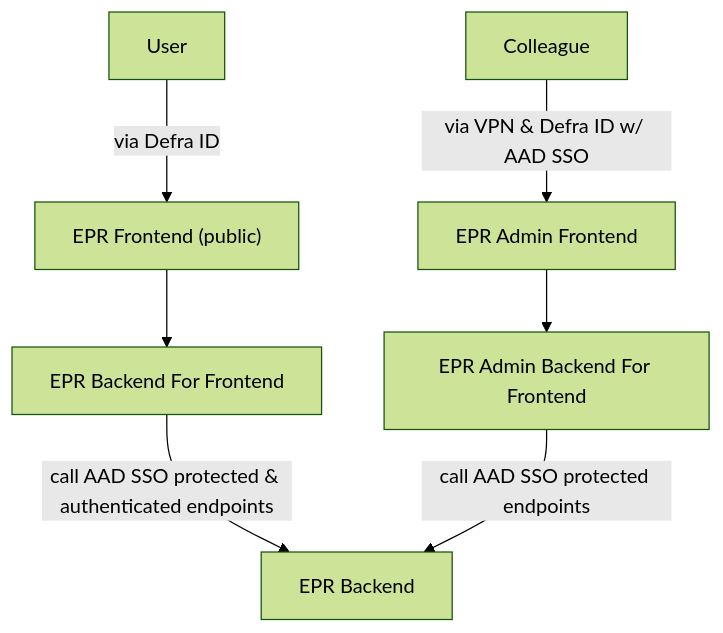
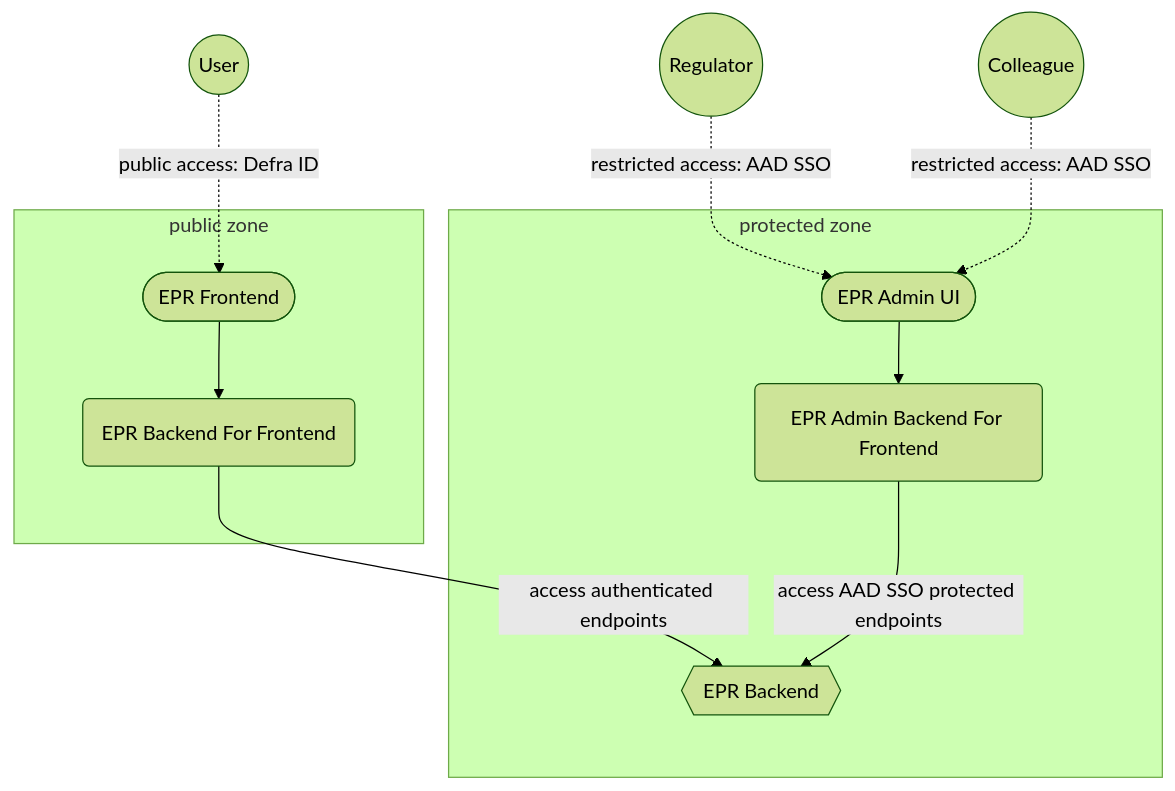
One commit to DEFRA/epr-backend changed the second of 2 diagrams in docs/architecture/discovery/pepr-hld.md. Above: the diagram before and after it, drawn with Mermaid (forest theme). The commit also changed other lines of this file and 1 other file, not shown here.

Commit message:
update pepr-hld, use DB shapes in reg-acc-hld

````diff
--- a/docs/architecture/discovery/pepr-hld.md
+++ b/docs/architecture/discovery/pepr-hld.md
@@ -255,19 +238,36 @@
 ```mermaid
 flowchart TD;
-    USER[User]
-    COLLEAGUE[Colleague]
-    EPR_BACKEND[EPR Backend]
-    EPR_FRONTEND["EPR Frontend (public)"]
-    EPR_BFF[EPR Backend For Frontend]
-    EPR_ADMIN_FRONTEND[EPR Admin Frontend]
-    EPR_ADMIN_BFF[EPR Admin Backend For Frontend]
+    USER((User))
+    COLLEAGUE((Colleague))
+    REGULATOR((Regulator))
 
-    USER-- via Defra ID -->EPR_FRONTEND;
-    COLLEAGUE-- via VPN & Defra ID w/ AAD SSO -->EPR_ADMIN_FRONTEND;
+  classDef invisible opacity:0
 
-    EPR_FRONTEND-->EPR_BFF;
-    EPR_ADMIN_FRONTEND-->EPR_ADMIN_BFF;
+  subgraph protected zone
+    subgraph PROTECTED_ZONE_NESTED
+      EPR_ADMIN_UI([EPR Admin UI])
+      EPR_ADMIN_BFF(EPR Admin Backend For Frontend)
+      EPR_BACKEND{{EPR Backend}}
+    end
+  end
 
-    EPR_BFF--call AAD SSO protected & authenticated endpoints -->EPR_BACKEND;
-    EPR_ADMIN_BFF--call AAD SSO protected endpoints -->EPR_BACKEND;
+  subgraph public zone
+    subgraph PUBLIC_ZONE_NESTED
+      EPR_FRONTEND([EPR Frontend])
+      EPR_BFF(EPR Backend For Frontend)
+    end
+  end
+
+  PROTECTED_ZONE_NESTED:::invisible
+  PUBLIC_ZONE_NESTED:::invisible
+
+  USER-. public access: Defra ID .->EPR_FRONTEND;
+  REGULATOR-. restricted access: AAD SSO .->EPR_ADMIN_UI;
+  COLLEAGUE-. restricted access: AAD SSO .->EPR_ADMIN_UI;
+
+  EPR_FRONTEND-->EPR_BFF;
+  EPR_ADMIN_UI-->EPR_ADMIN_BFF;
+
+  EPR_BFF--access authenticated endpoints -->EPR_BACKEND;
+  EPR_ADMIN_BFF--access AAD SSO protected endpoints -->EPR_BACKEND;
 ```
````
